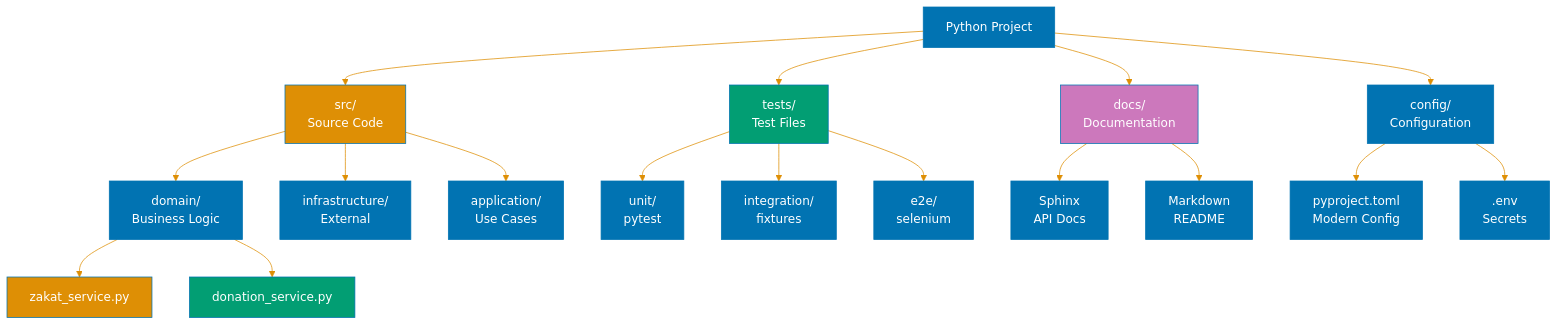
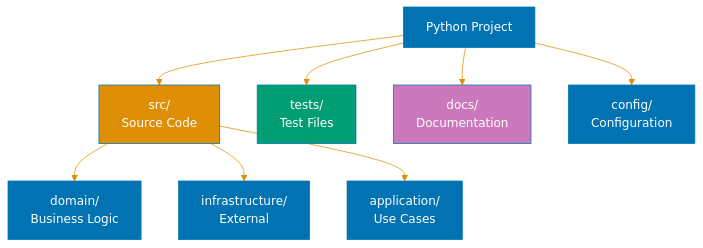
The fourth of 5 diagrams in docs/explanation/software-engineering/programming-languages/python/best-practices.md (wahidyankf/ose-primer), drawn with Mermaid before and after one commit. The commit also changed other lines of this file and 12 other files, not shown here.

Commit message:
fix(docs): fix mermaid violations in python/ docs (batch 2/10)

````diff
--- a/docs/explanation/software-engineering/programming-languages/python/best-practices.md
+++ b/docs/explanation/software-engineering/programming-languages/python/best-practices.md
@@ -2609,33 +2588,18 @@
 ```mermaid
 %%{init: {'theme':'base', 'themeVariables': { 'primaryColor':'#0173B2','primaryTextColor':'#fff','primaryBorderColor':'#0173B2','lineColor':'#DE8F05','secondaryColor':'#029E73','tertiaryColor':'#CC78BC','fontSize':'16px'}}}%%
 flowchart TD
     A[Python Project] --> B[src/<br/>Source Code]
     A --> C[tests/<br/>Test Files]
     A --> D[docs/<br/>Documentation]
     A --> E[config/<br/>Configuration]
 
     B --> B1[domain/<br/>Business Logic]
     B --> B2[infrastructure/<br/>External]
     B --> B3[application/<br/>Use Cases]
 
-    C --> C1[unit/<br/>pytest]
-    C --> C2[integration/<br/>fixtures]
-    C --> C3[e2e/<br/>selenium]
-
-    D --> D1[Sphinx<br/>API Docs]
-    D --> D2[Markdown<br/>README]
-
-    E --> E1[pyproject.toml<br/>Modern Config]
-    E --> E2[.env<br/>Secrets]
-
-    B1 --> F[zakat_service.py]
-    B1 --> G[donation_service.py]
-
     style A fill:#0173B2,color:#fff
     style B fill:#DE8F05,color:#fff
     style C fill:#029E73,color:#fff
     style D fill:#CC78BC,color:#fff
     style E fill:#0173B2,color:#fff
-    style F fill:#DE8F05,color:#fff
-    style G fill:#029E73,color:#fff
 ```
````
